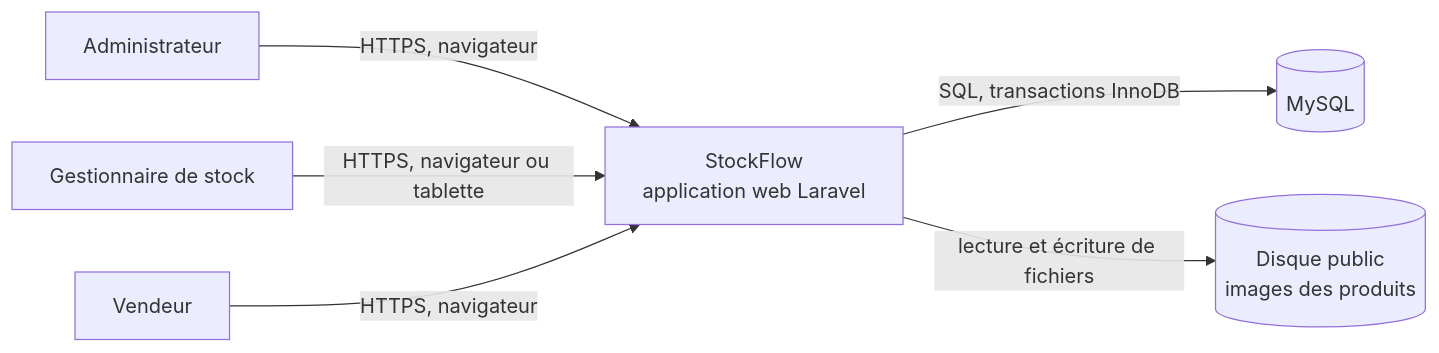
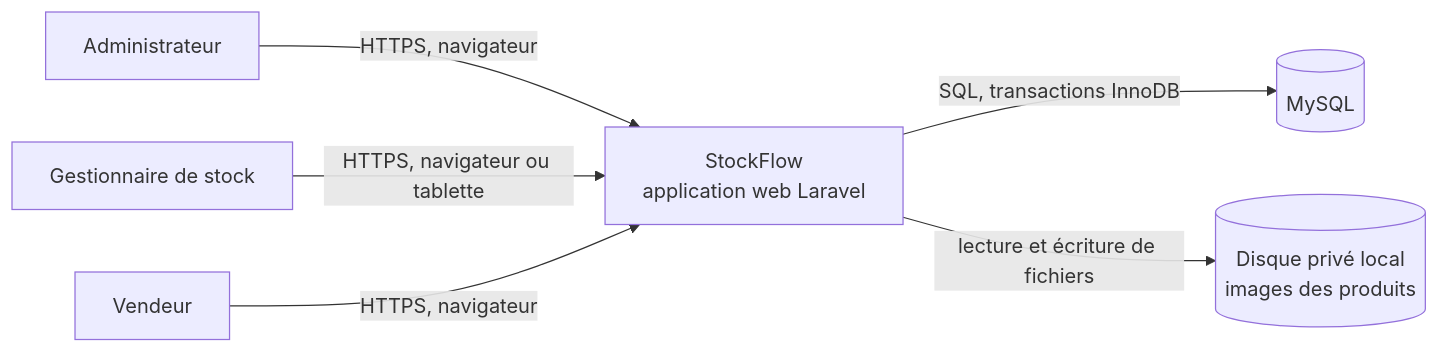
The first of 7 diagrams in docs/02-architecture/system-architecture.md (ivan9802/StockfLow), drawn with Mermaid before and after one commit. The commit also changed other lines of this file and 15 other files, not shown here.

````diff
--- a/docs/02-architecture/system-architecture.md
+++ b/docs/02-architecture/system-architecture.md
@@ -17,15 +19,15 @@
 ```mermaid
 flowchart LR
     admin["Administrateur"]
     manager["Gestionnaire de stock"]
     agent["Vendeur"]
     app["StockFlow<br/>application web Laravel"]
     db[("MySQL")]
-    disk[("Disque public<br/>images des produits")]
+    disk[("Disque privé local<br/>images des produits")]
 
     admin -->|"HTTPS, navigateur"| app
     manager -->|"HTTPS, navigateur ou tablette"| app
     agent -->|"HTTPS, navigateur"| app
     app -->|"SQL, transactions InnoDB"| db
     app -->|"lecture et écriture de fichiers"| disk
 ```
````
